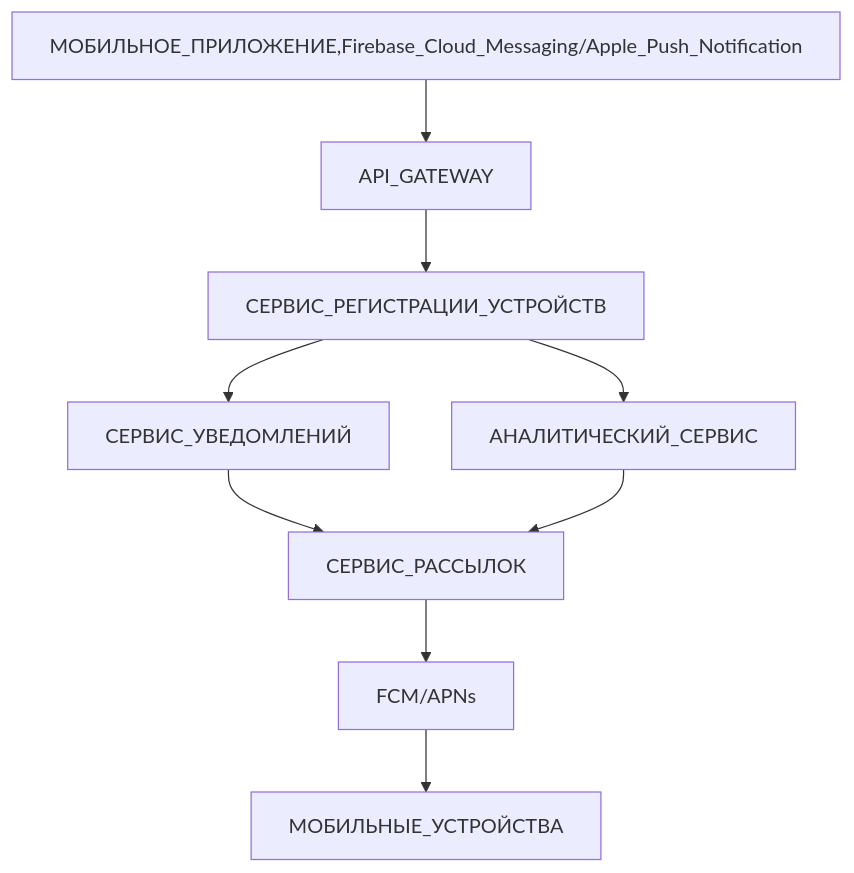
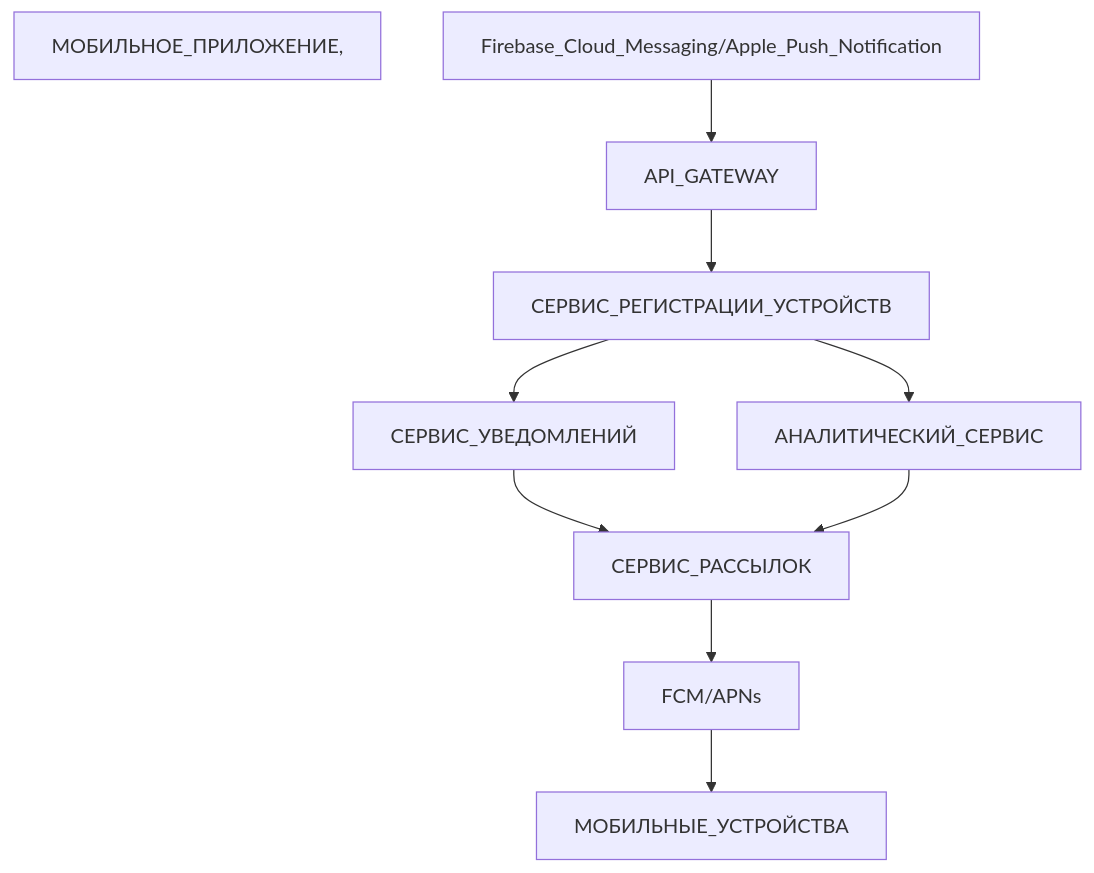
The diagram in №3.md (olegmuhortov/sa), drawn with Mermaid before and after one commit.

````diff
--- a/№3.md
+++ b/№3.md
@@ -1,12 +1,13 @@
 ```mermaid
 graph TD;
-    МОБИЛЬНОЕ_ПРИЛОЖЕНИЕ,Firebase_Cloud_Messaging/Apple_Push_Notification-->API_GATEWAY;
+    МОБИЛЬНОЕ_ПРИЛОЖЕНИЕ,
+Firebase_Cloud_Messaging/Apple_Push_Notification-->API_GATEWAY;
     API_GATEWAY-->СЕРВИС_РЕГИСТРАЦИИ_УСТРОЙСТВ;
     СЕРВИС_РЕГИСТРАЦИИ_УСТРОЙСТВ-->СЕРВИС_УВЕДОМЛЕНИЙ;
     СЕРВИС_РЕГИСТРАЦИИ_УСТРОЙСТВ-->АНАЛИТИЧЕСКИЙ_СЕРВИС;
     СЕРВИС_УВЕДОМЛЕНИЙ-->СЕРВИС_РАССЫЛОК;
     АНАЛИТИЧЕСКИЙ_СЕРВИС-->СЕРВИС_РАССЫЛОК;
     СЕРВИС_РАССЫЛОК-->FCM/APNs;
     FCM/APNs-->МОБИЛЬНЫЕ_УСТРОЙСТВА;
     
 ```
````
